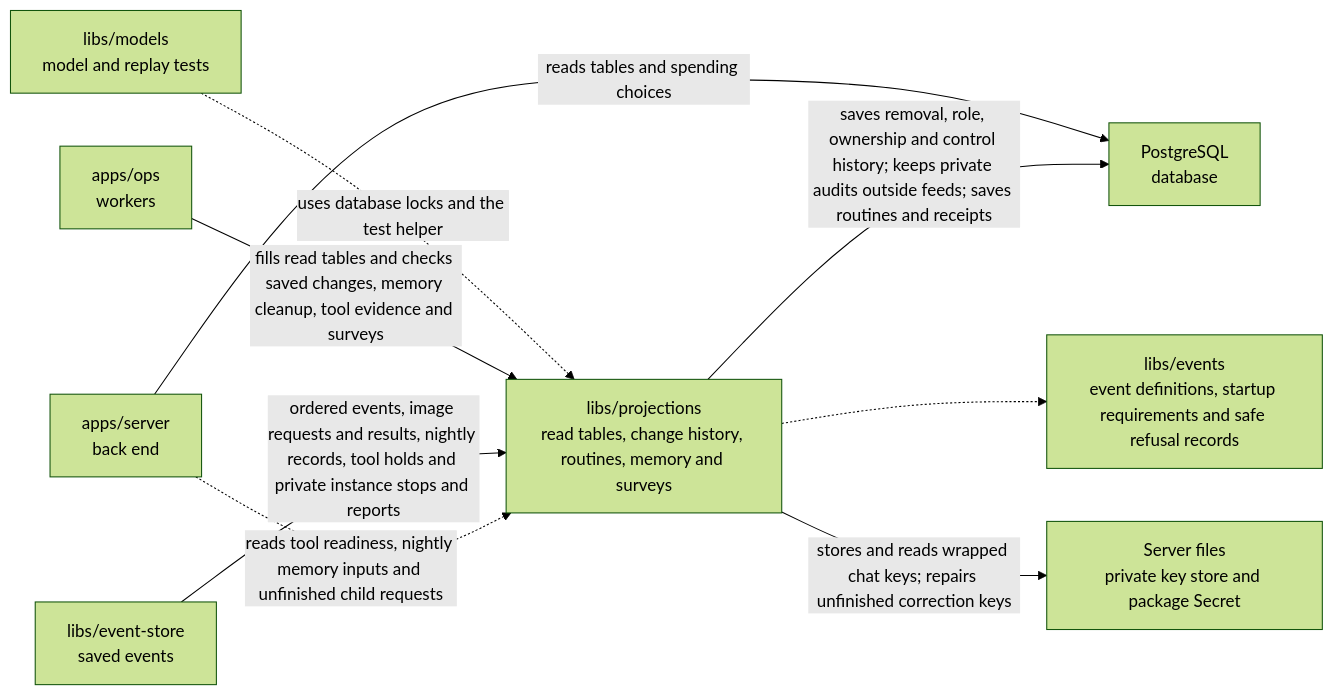
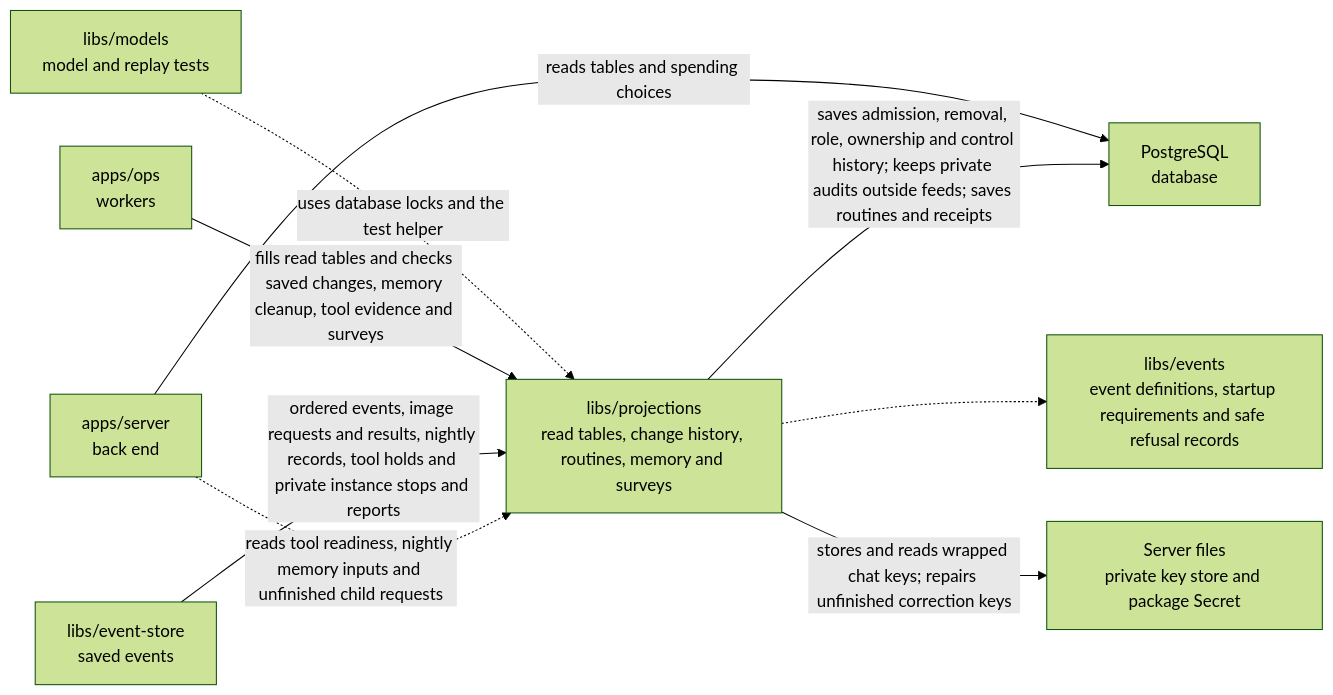
The diagram in libs/projections/README.md (elewa-git/opencrane-new), drawn with Mermaid (forest theme) before and after one commit. The commit also changed other lines of this file and 7 other files, not shown here.

````diff
--- a/libs/projections/README.md
+++ b/libs/projections/README.md
@@ -32,11 +35,11 @@
 ```mermaid
 flowchart LR
   models["libs/models<br/>model and replay tests"] -.->|uses database locks and the test helper| projections
   ops["apps/ops<br/>workers"] -->|fills read tables and checks saved changes, memory cleanup, tool evidence and surveys| projections["libs/projections<br/>read tables, change history, routines, memory and surveys"]
   server["apps/server<br/>back end"] -->|reads tables and spending choices| pg["PostgreSQL<br/>database"]
-  projections -->|saves removal, role, ownership and control history; keeps private audits outside feeds; saves routines and receipts| pg
+  projections -->|saves admission, removal, role, ownership and control history; keeps private audits outside feeds; saves routines and receipts| pg
   store["libs/event-store<br/>saved events"] -->|ordered events, image requests and results, nightly records, tool holds and private instance stops and reports| projections
   server -.->|reads tool readiness, nightly memory inputs and unfinished child requests| projections
   projections -.-> events["libs/events<br/>event definitions, startup requirements and safe refusal records"]
   projections -->|stores and reads wrapped chat keys; repairs unfinished correction keys| keys["Server files<br/>private key store and package Secret"]
 ```
````
